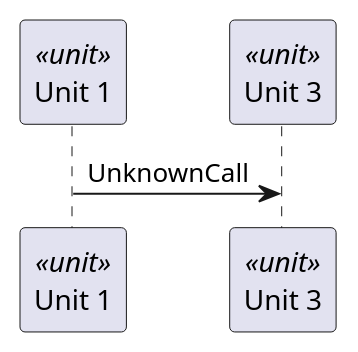
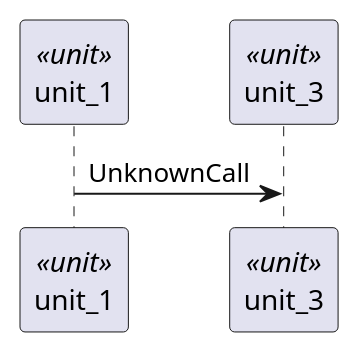
Before and after one commit to eclipse-score/tooling: the diagram in validation/core/integration_test/component_sequence/negative_orphan_participant/sequence_diagram.puml, drawn with PlantUML. The commit also changed 375 other files, not shown here.

First line of the commit message:
[plantuml tooling] use name instead of alias for uid generation

```diff
--- a/validation/core/integration_test/component_sequence/negative_orphan_participant/sequence_diagram.puml
+++ b/validation/core/integration_test/component_sequence/negative_orphan_participant/sequence_diagram.puml
@@ -14,8 +14,8 @@
 @startuml sequence_diagram
 
-participant "Unit 1" as unit_1 <<unit>>
-participant "Unit 3" as unit_3 <<unit>>
+participant unit_1 <<unit>>
+participant unit_3 <<unit>>
 
 unit_1 -> unit_3 : UnknownCall
 
 @enduml
```
